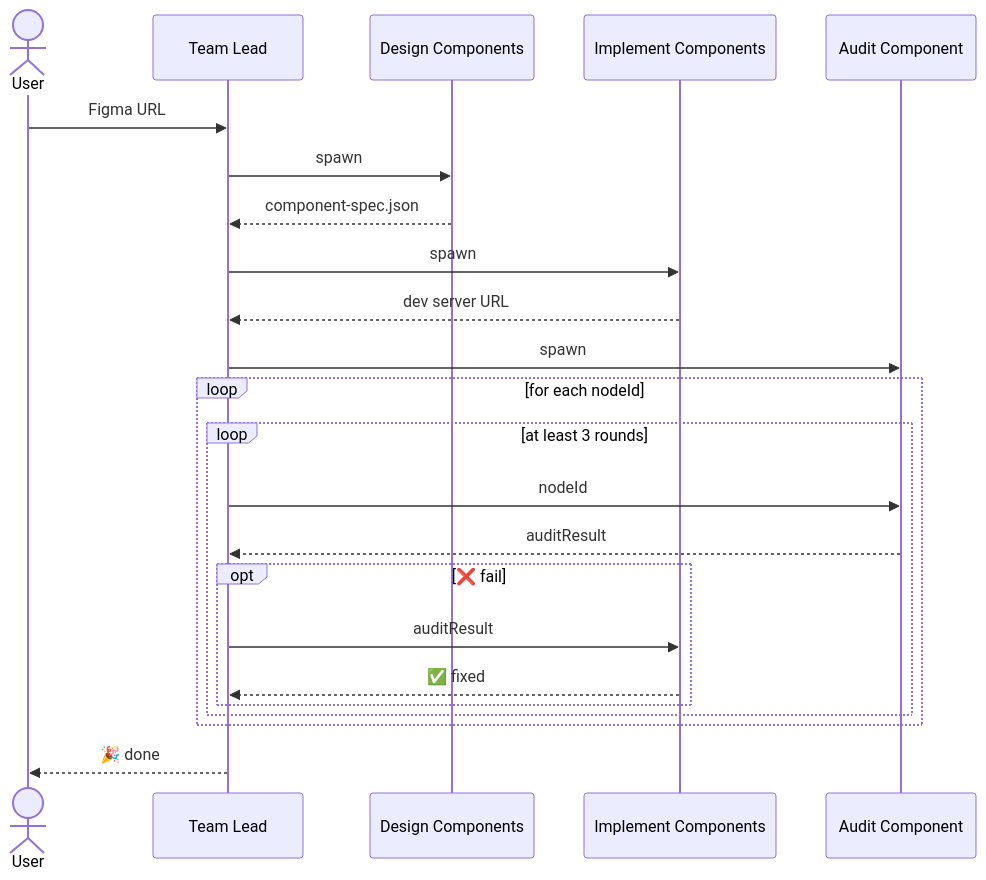
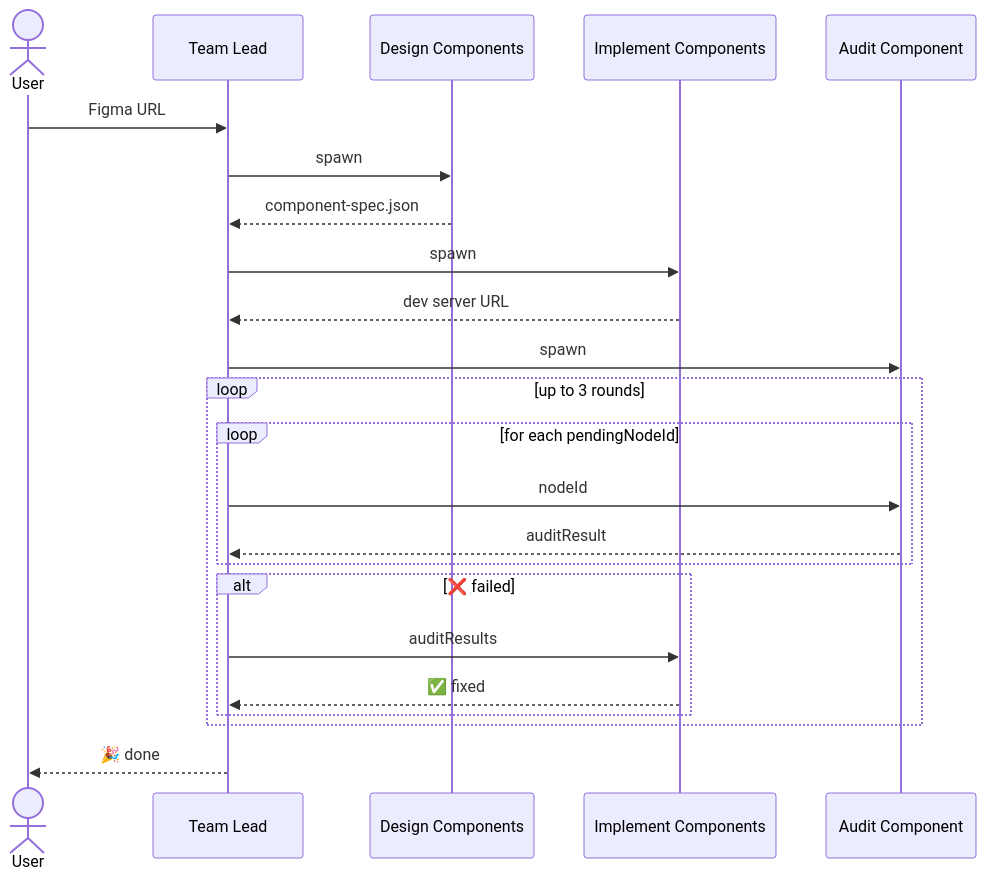
The diagram in plugins/skills/figma-to-code/README.md (nonoroazoro/ai), drawn with Mermaid before and after one commit. The commit also changed other lines of this file and 4 other files, not shown here.

````diff
--- a/plugins/skills/figma-to-code/README.md
+++ b/plugins/skills/figma-to-code/README.md
@@ -7,26 +7,26 @@
 ```mermaid
 sequenceDiagram
     actor U as User
     participant TL as Team Lead
     participant DC as Design Components
     participant IC as Implement Components
     participant AC as Audit Component
 
     U->>TL: Figma URL
     TL->>DC: spawn
     DC-->>TL: component-spec.json
     TL->>IC: spawn
     IC-->>TL: dev server URL
     TL->>AC: spawn
-    loop for each nodeId
-        loop at least 3 rounds
+    loop up to 3 rounds
+        loop for each pendingNodeId
             TL->>AC: nodeId
             AC-->>TL: auditResult
-            opt ❌ fail
-                TL->>IC: auditResult
-                IC-->>TL: ✅ fixed
-            end
+        end
+        alt ❌ failed
+            TL->>IC: auditResults
+            IC-->>TL: ✅ fixed
         end
     end
     TL-->>U: 🎉 done
 ```
````
